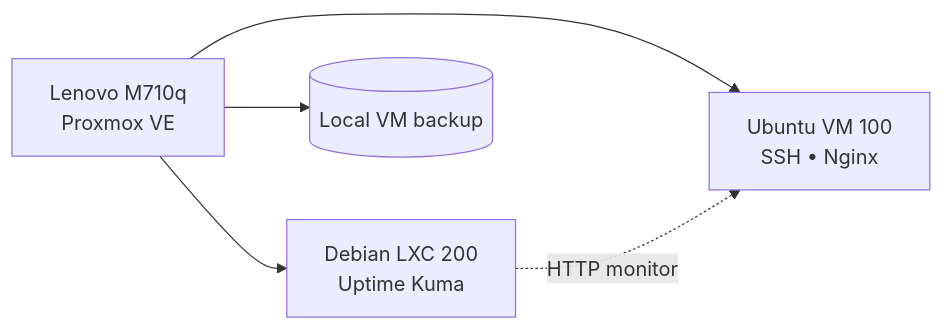
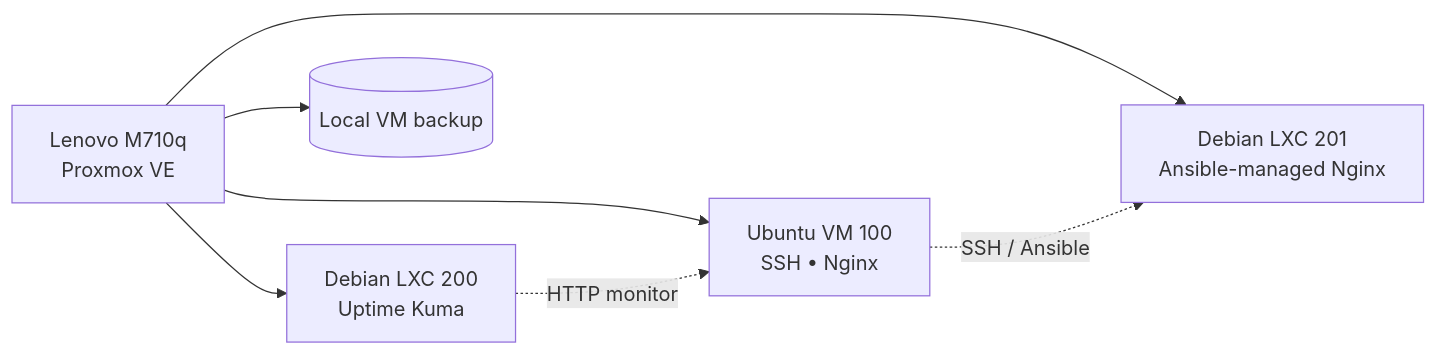
The diagram in README.md (coatlesss/homelab-infrastructure), drawn with Mermaid before and after one commit. The commit also changed other lines of this file, not shown here.

Commit message:
Show completed Ansible automation project in homelab portfolio

````diff
--- a/README.md
+++ b/README.md
@@ -17,7 +17,9 @@
 ```mermaid
 flowchart LR
     P["Lenovo M710q<br/>Proxmox VE"] --> U["Ubuntu VM 100<br/>SSH • Nginx"]
     P --> K["Debian LXC 200<br/>Uptime Kuma"]
+    P --> T["Debian LXC 201<br/>Ansible-managed Nginx"]
     P --> B[("Local VM backup")]
+    U -. "SSH / Ansible" .-> T
     K -. HTTP monitor .-> U
 ```
````
